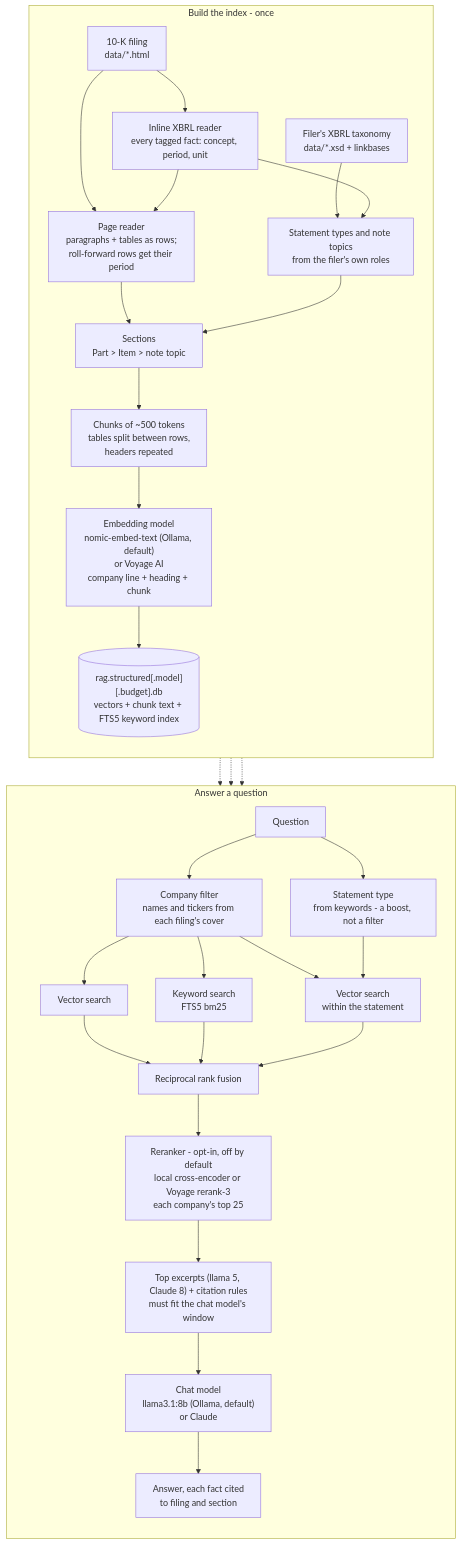
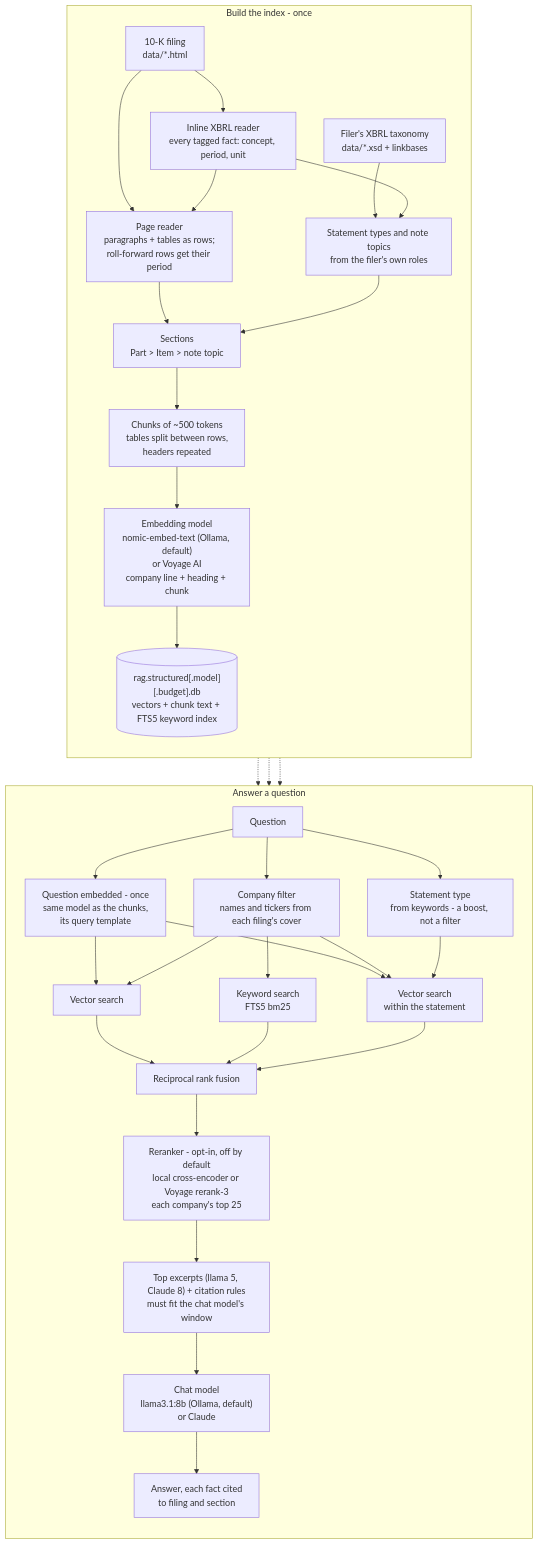
One commit to DNikolina/RagFilingExplorer changed the diagram in README.md. Above: the diagram before and after it, drawn with Mermaid. The commit also changed 1 other file, not shown here.

Commit message:
v5: the question's embedding shown in the README diagram and the plan's flow

````diff
--- a/README.md
+++ b/README.md
@@ -105,59 +105,63 @@
 ```mermaid
 flowchart TB
     subgraph build["Build the index - once"]
         direction TB
         html["10-K filing<br/>data/*.html"]
         xsd["Filer's XBRL taxonomy<br/>data/*.xsd + linkbases"]
         xbrl["Inline XBRL reader<br/>every tagged fact: concept, period, unit"]
         labels["Statement types and note topics<br/>from the filer's own roles"]
         blocks["Page reader<br/>paragraphs + tables as rows;<br/>roll-forward rows get their period"]
         sections["Sections<br/>Part > Item > note topic"]
         chunks["Chunks of ~500 tokens<br/>tables split between rows,<br/>headers repeated"]
         embed["Embedding model<br/>nomic-embed-text (Ollama, default)<br/>or Voyage AI<br/>company line + heading + chunk"]
         db[("rag.structured[.model][.budget].db<br/>vectors + chunk text + FTS5 keyword index")]
 
         html --> xbrl
         html --> blocks
         xsd --> labels
         xbrl --> labels
         xbrl --> blocks
         blocks --> sections
         labels --> sections
         sections --> chunks
         chunks --> embed
         embed --> db
     end
 
     subgraph ask["Answer a question"]
         direction TB
         q["Question"]
+        qembed["Question embedded - once<br/>same model as the chunks,<br/>its query template"]
         company["Company filter<br/>names and tickers from each filing's cover"]
         statement["Statement type<br/>from keywords - a boost, not a filter"]
         vec["Vector search"]
         kw["Keyword search<br/>FTS5 bm25"]
         vecst["Vector search<br/>within the statement"]
         fuse["Reciprocal rank fusion"]
         rerank["Reranker - opt-in, off by default<br/>local cross-encoder or Voyage rerank-3<br/>each company's top 25"]
         prompt["Top excerpts (llama 5, Claude 8) + citation rules<br/>must fit the chat model's window"]
         llm["Chat model<br/>llama3.1:8b (Ollama, default)<br/>or Claude"]
         answer["Answer, each fact cited<br/>to filing and section"]
 
         q --> company
         q --> statement
+        q --> qembed
+        qembed --> vec
+        qembed --> vecst
         company --> vec
         company --> kw
         company --> vecst
         statement --> vecst
         vec --> fuse
         kw --> fuse
         vecst --> fuse
         fuse --> rerank
         rerank --> prompt
         prompt --> llm
         llm --> answer
     end
 
     db -.-> vec
     db -.-> kw
     db -.-> vecst
 ```
````
